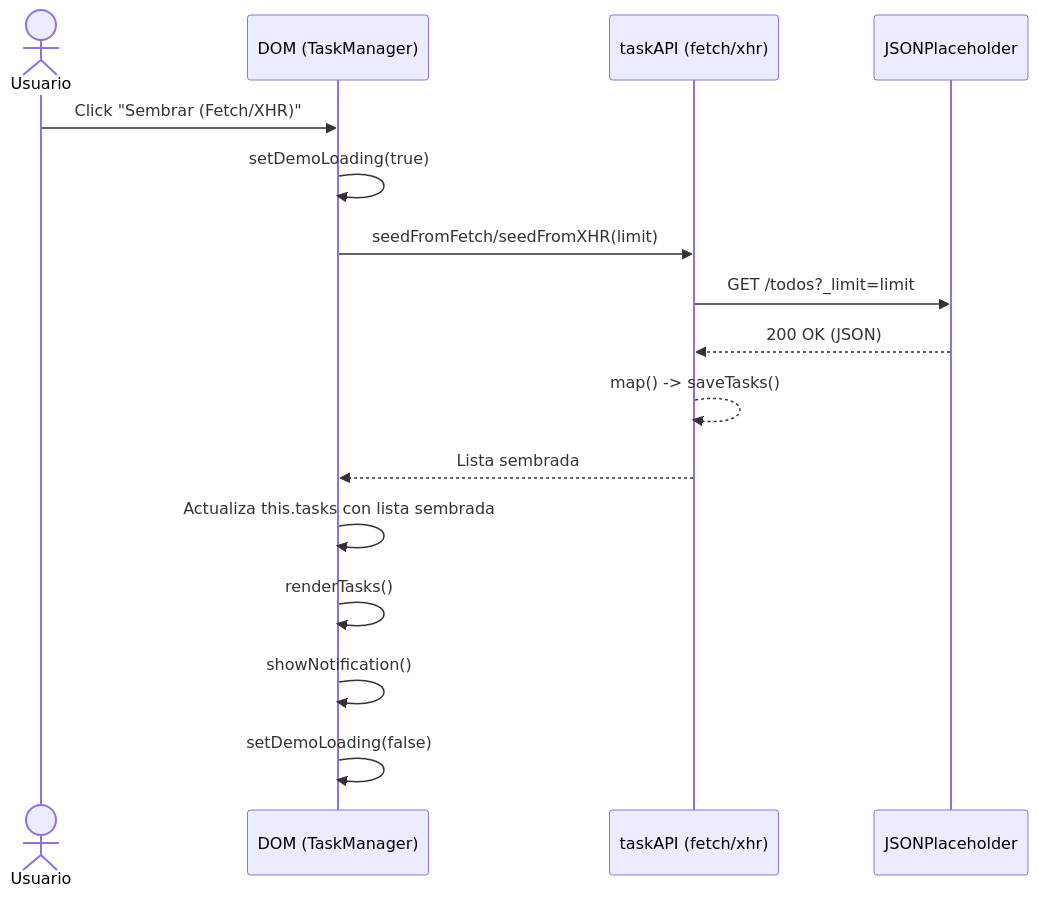
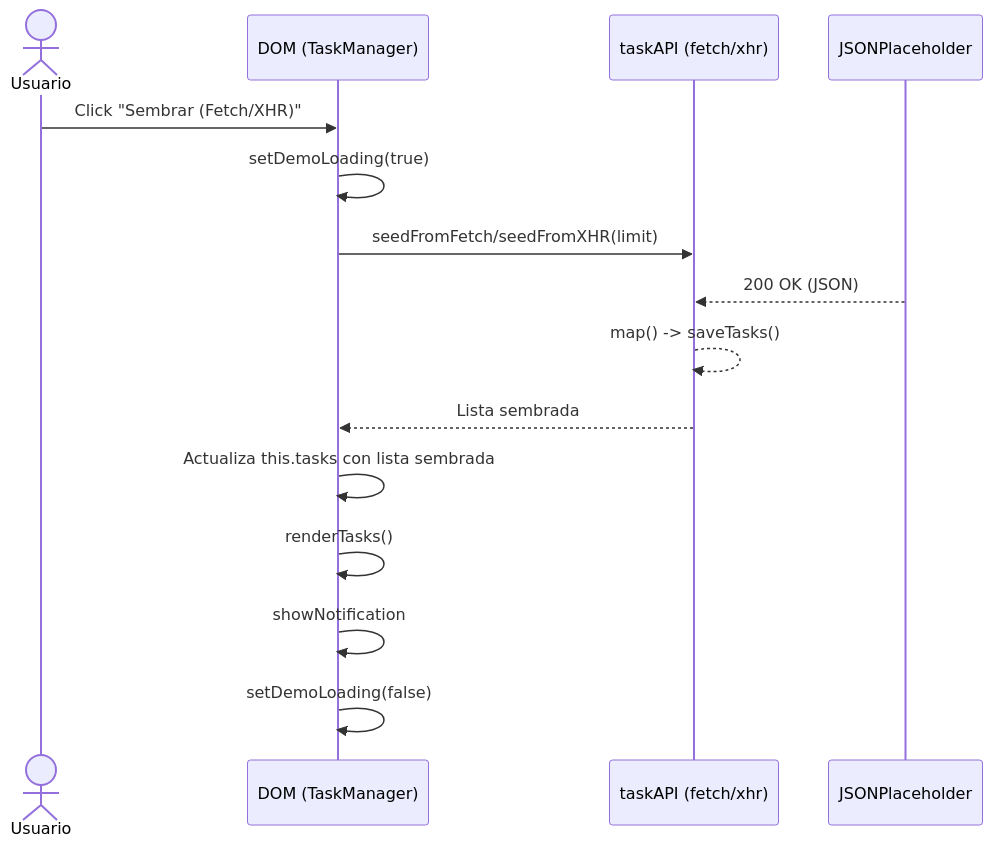
The second of 3 diagrams in README.md (rgplazas/TaskMaster), drawn with Mermaid before and after one commit. The commit also changed other lines of this file, not shown here.

````diff
--- a/README.md
+++ b/README.md
@@ -115,19 +115,18 @@
 ```mermaid
 sequenceDiagram
     actor U as Usuario
     participant UI as DOM (TaskManager)
     participant API as taskAPI (fetch/xhr)
     participant NET as JSONPlaceholder
 
     U->>UI: Click "Sembrar (Fetch/XHR)"
     UI->>UI: setDemoLoading(true)
     UI->>API: seedFromFetch/seedFromXHR(limit)
-    API->>NET: GET /todos?_limit=limit
     NET-->>API: 200 OK (JSON)
     API-->>API: map() -> saveTasks()
     API-->>UI: Lista sembrada
     UI->>UI: Actualiza this.tasks con lista sembrada
     UI->>UI: renderTasks()
-    UI->>UI: showNotification()
+    UI->>UI: showNotification
     UI->>UI: setDemoLoading(false)
 ```
````
